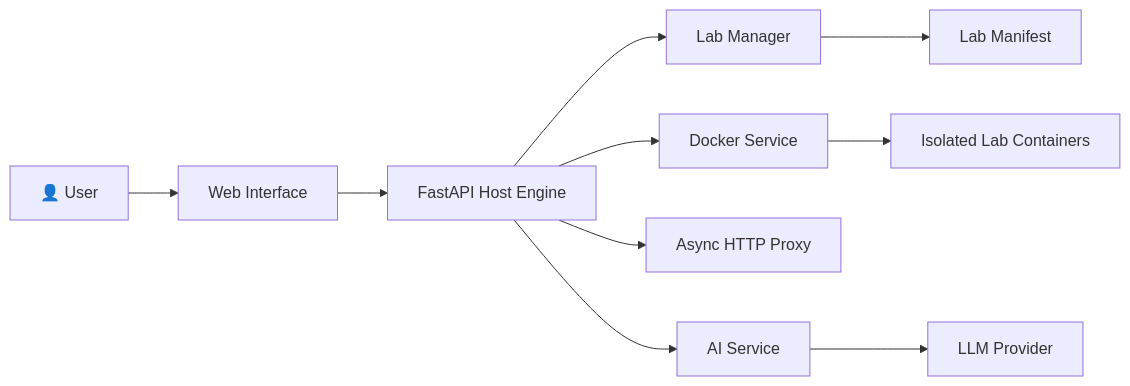
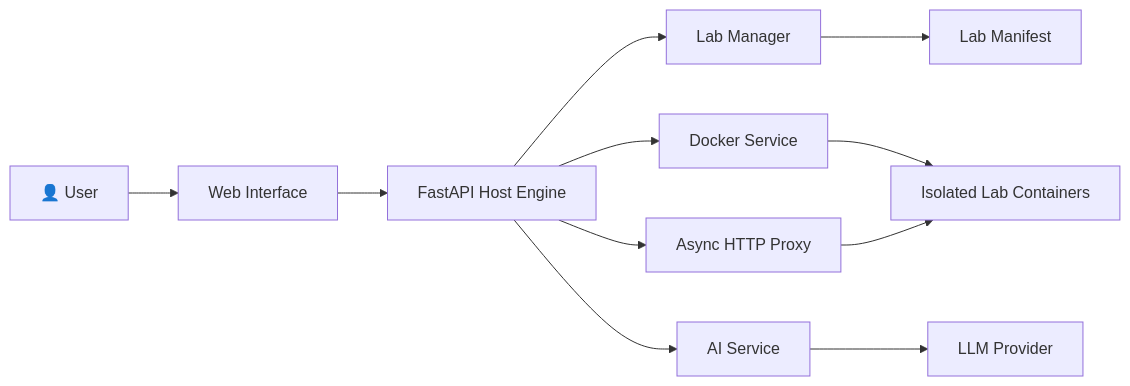
Before and after one commit to msalihberk/redpatch: the diagram in README.md, drawn with Mermaid.

````diff
--- a/README.md
+++ b/README.md
@@ -105,29 +105,30 @@
 ```mermaid
 flowchart LR
 
     USER[👤 User]
 
     UI[Web Interface]
     ENGINE[FastAPI Host Engine]
 
     MANAGER[Lab Manager]
     DOCKER[Docker Service]
     PROXY[Async HTTP Proxy]
     AI[AI Service]
 
     MANIFEST[Lab Manifest]
     CONTAINERS[Isolated Lab Containers]
     PROVIDER[LLM Provider]
 
     USER --> UI
     UI --> ENGINE
 
     ENGINE --> MANAGER
     ENGINE --> DOCKER
     ENGINE --> PROXY
     ENGINE --> AI
 
     MANAGER --> MANIFEST
     DOCKER --> CONTAINERS
     AI --> PROVIDER
+    PROXY --> CONTAINERS
 ```
````
